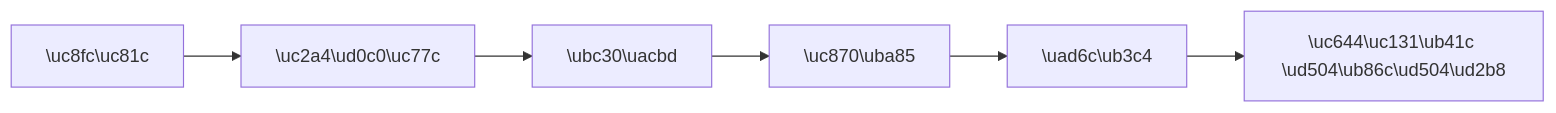
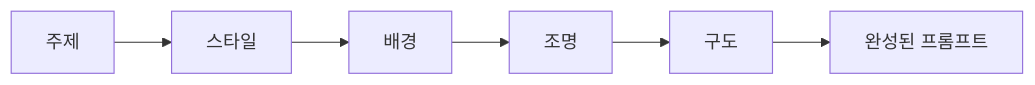
One commit to yeongseon-books/book-content changed the diagram in content/ai-image-gen-101/ko/02-prompt-structure.md. Above: the diagram before and after it, drawn with Mermaid. The commit also changed other lines of this file and 20 other files, not shown here.

````diff
--- a/content/ai-image-gen-101/ko/02-prompt-structure.md
+++ b/content/ai-image-gen-101/ko/02-prompt-structure.md
@@ -30,8 +31,8 @@
 ```mermaid
 flowchart LR
-    A["\uc8fc\uc81c"] --> B["\uc2a4\ud0c0\uc77c"]
-    B --> C["\ubc30\uacbd"]
-    C --> D["\uc870\uba85"]
-    D --> E["\uad6c\ub3c4"]
-    E --> F["\uc644\uc131\ub41c \ud504\ub86c\ud504\ud2b8"]
+    A["주제"] --> B["스타일"]
+    B --> C["배경"]
+    C --> D["조명"]
+    D --> E["구도"]
+    E --> F["완성된 프롬프트"]
 ```
````
